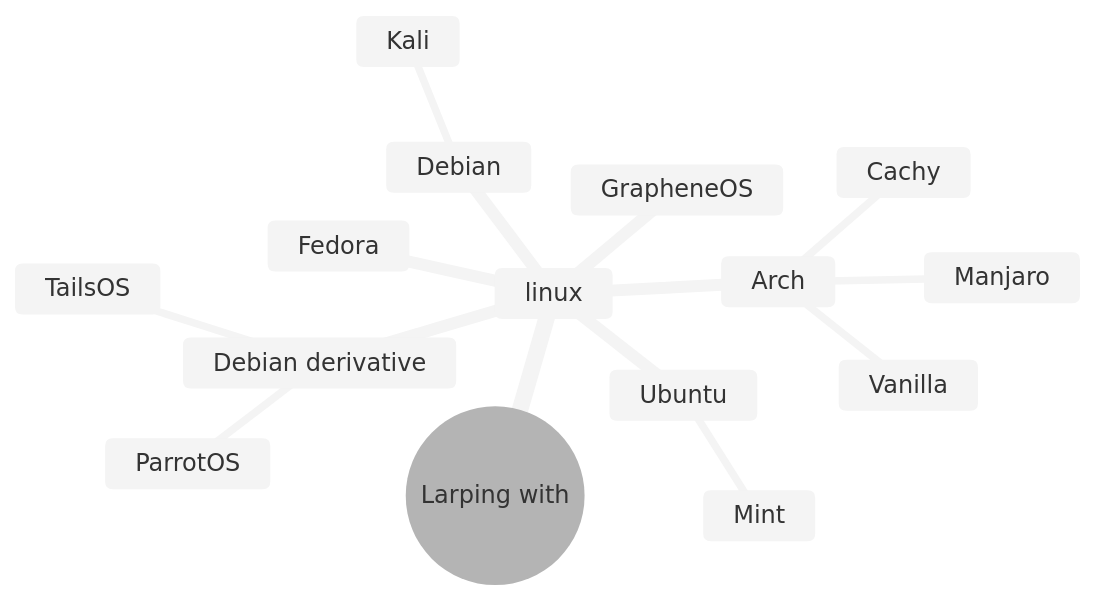
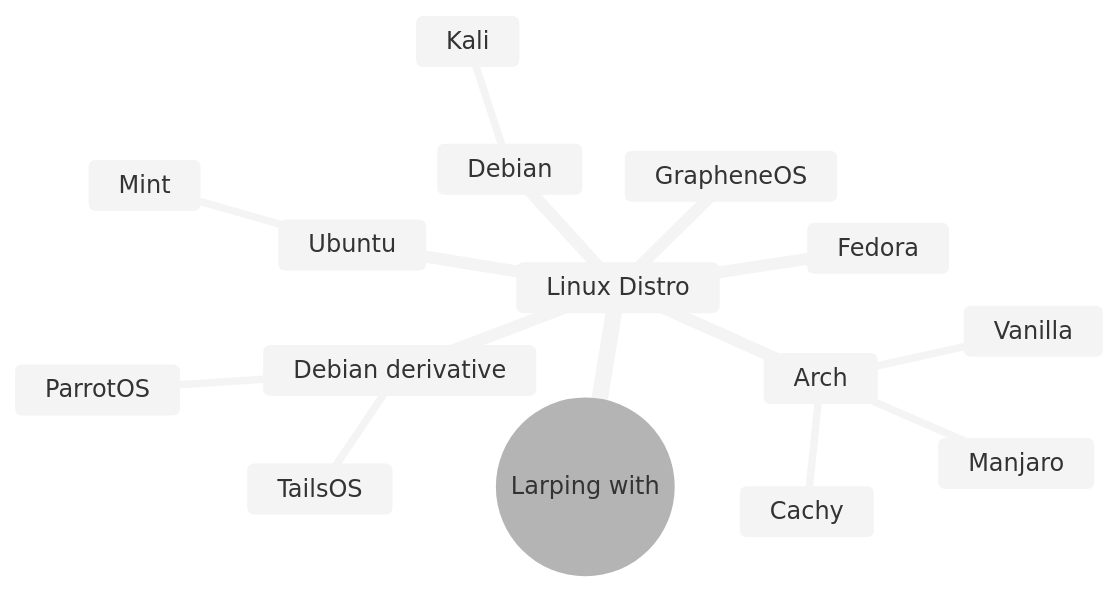
One commit to Chintanpatel24/Chintanpatel24 changed the diagram in README.md. Above: the diagram before and after it, drawn with Mermaid (neutral theme).

````diff
--- a/README.md
+++ b/README.md
@@ -4,19 +4,19 @@
 ```mermaid
 mindmap
   root((Larping with))
-   linux
+   Linux Distro
     GrapheneOS
     Arch
       Vanilla
       Cachy
       Manjaro
     Debian
       Kali
     Ubuntu
       Mint
     Fedora
     Debian derivative
       ParrotOS
       TailsOS
       
 ```
````
